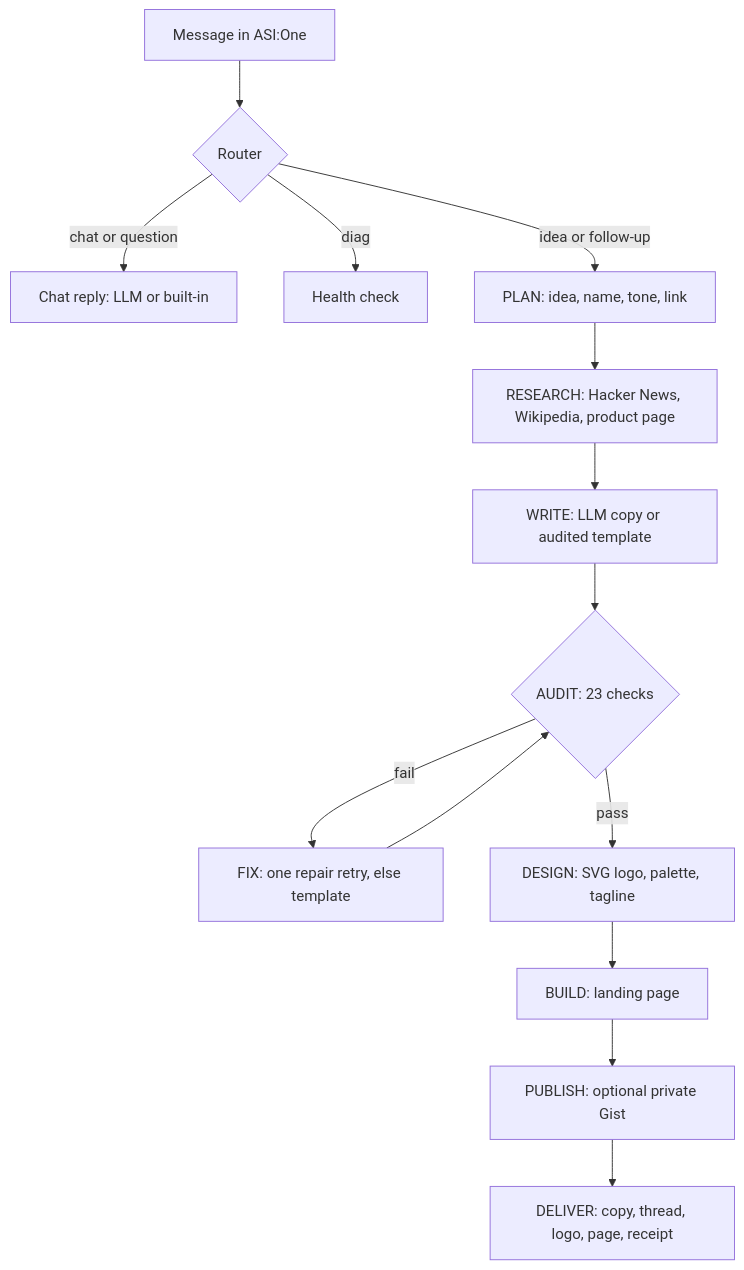
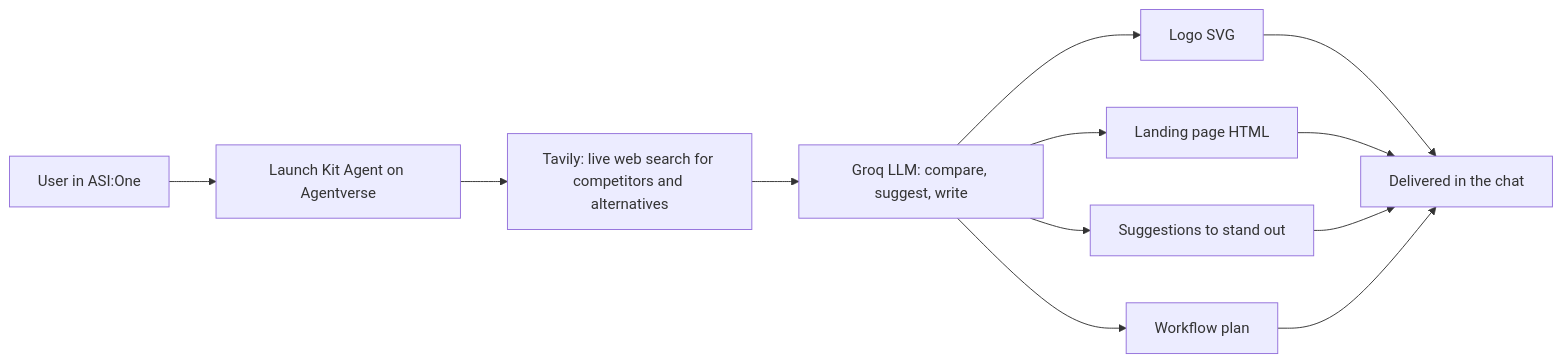
Before and after one commit to rahullll69/Syrax: the diagram in README.md, drawn with Mermaid. The commit also changed other lines of this file, not shown here.

````diff
--- a/README.md
+++ b/README.md
@@ -61,16 +43,14 @@
 ```mermaid
-flowchart TD
-    U[Message in ASI:One] --> R{Router}
-    R -- chat or question --> C[Chat reply: LLM or built-in]
-    R -- "diag" --> Dg[Health check]
-    R -- idea or follow-up --> P[PLAN: idea, name, tone, link]
-    P --> RS[RESEARCH: Hacker News, Wikipedia, product page]
-    RS --> W[WRITE: LLM copy or audited template]
-    W --> A{AUDIT: 23 checks}
-    A -- fail --> F[FIX: one repair retry, else template]
-    F --> A
-    A -- pass --> D[DESIGN: SVG logo, palette, tagline]
-    D --> B[BUILD: landing page]
-    B --> G[PUBLISH: optional private Gist]
-    G --> O[DELIVER: copy, thread, logo, page, receipt]
+flowchart LR
+    U[User in ASI:One] --> A[Launch Kit Agent on Agentverse]
+    A --> T[Tavily: live web search for competitors and alternatives]
+    T --> G[Groq LLM: compare, suggest, write]
+    G --> L[Logo SVG]
+    G --> W[Landing page HTML]
+    G --> S[Suggestions to stand out]
+    G --> F[Workflow plan]
+    L --> O[Delivered in the chat]
+    W --> O
+    S --> O
+    F --> O
 ```
````
